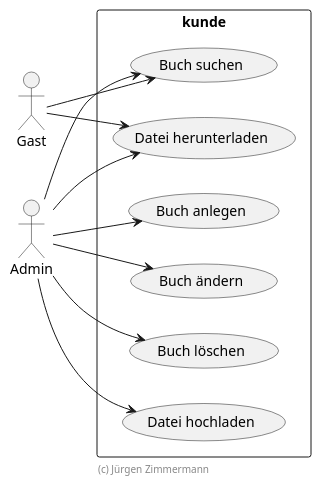
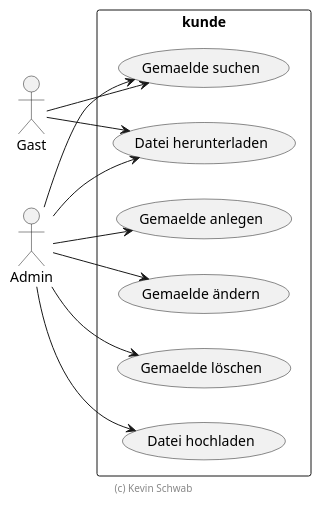
Before and after one commit to tanzdurchdiewand/SWE: the diagram in doc/entwicklerhandbuch/use-cases.puml, drawn with PlantUML. The commit also changed 5 other files, not shown here.

Commit message:
PlantUMl 22.04.2021

```diff
--- a/doc/entwicklerhandbuch/use-cases.puml
+++ b/doc/entwicklerhandbuch/use-cases.puml
@@ -15,23 +15,23 @@
 @startuml Use Cases
 
 left to right direction
 skinparam packageStyle rect
 skinparam componentStyle uml2
 
 actor Gast
 actor Admin
 
 rectangle kunde {
-    Gast --> (Buch suchen)
+    Gast --> (Gemaelde suchen)
     Gast --> (Datei herunterladen)
-    Admin --> (Buch suchen)
-    Admin --> (Buch anlegen)
-    Admin --> (Buch ändern)
-    Admin --> (Buch löschen)
+    Admin --> (Gemaelde suchen)
+    Admin --> (Gemaelde anlegen)
+    Admin --> (Gemaelde ändern)
+    Admin --> (Gemaelde löschen)
     Admin --> (Datei hochladen)
     Admin --> (Datei herunterladen)
 }
 
-footer (c) Jürgen Zimmermann
+footer (c) Kevin Schwab
 
 @enduml
```
